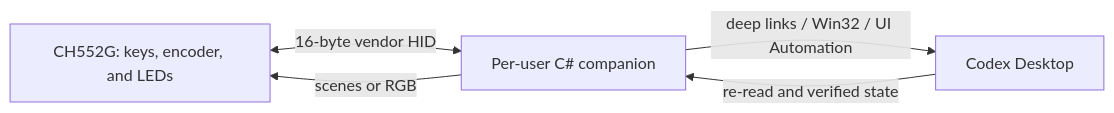
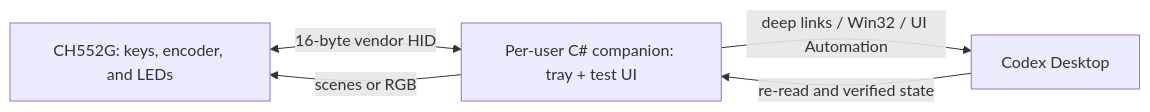
Before and after one commit to fabiorush92/CodexKeyboard: the diagram in README.md, drawn with Mermaid. The commit also changed other lines of this file and 12 other files, not shown here.

````diff
--- a/README.md
+++ b/README.md
@@ -32,7 +32,7 @@
 ```mermaid
 flowchart LR
-    H["CH552G: keys, encoder, and LEDs"] <-->|"16-byte vendor HID"| C["Per-user C# companion"]
+    H["CH552G: keys, encoder, and LEDs"] <-->|"16-byte vendor HID"| C["Per-user C# companion: tray + test UI"]
     C -->|"deep links / Win32 / UI Automation"| D["Codex Desktop"]
     D -->|"re-read and verified state"| C
     C -->|"scenes or RGB"| H
 ```
````
